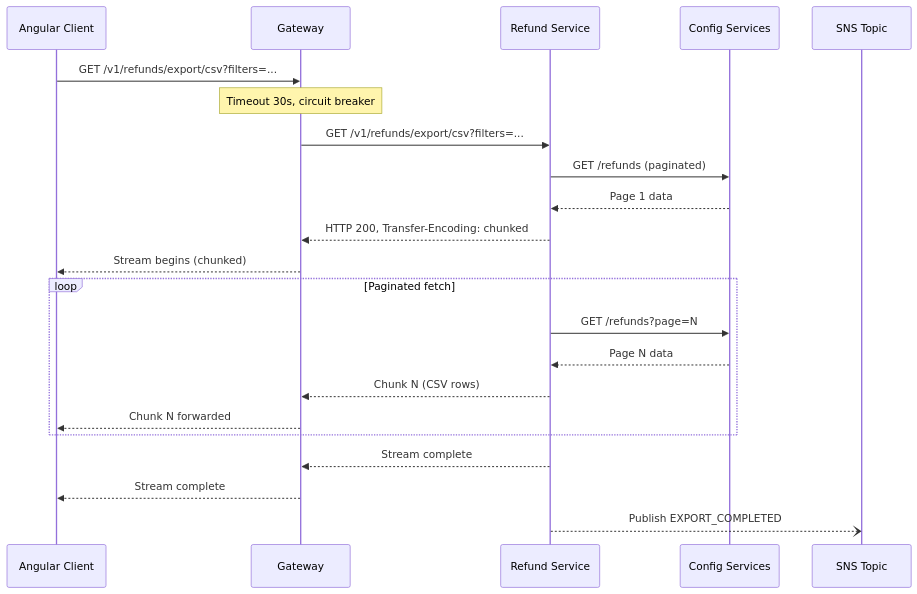
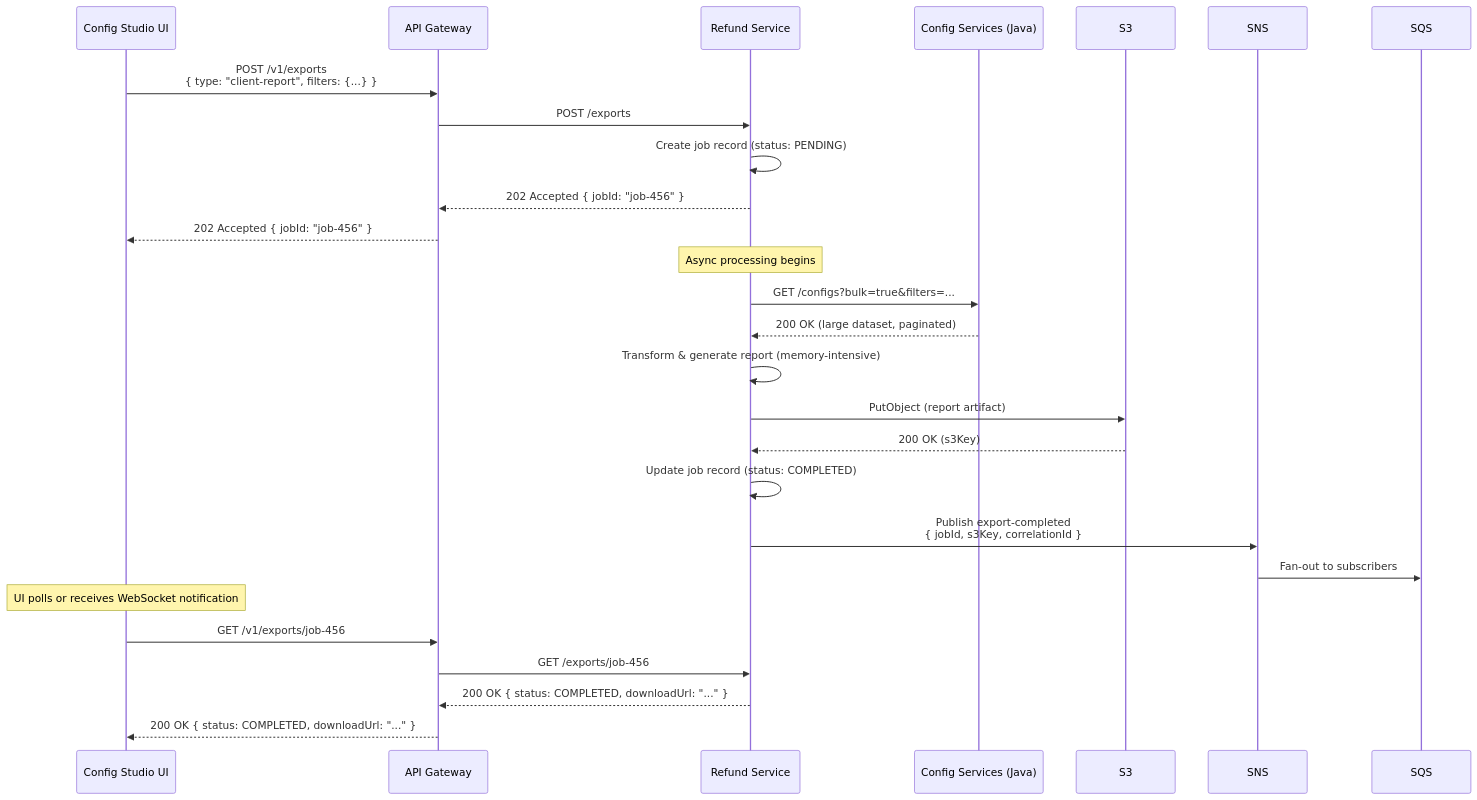
The fourth of 7 diagrams in tests/orchestration/architecture_spec_agent.md (rsanchez-disney/steer-runtime), drawn with Mermaid before and after one commit. The commit also changed other lines of this file and 6 other files, not shown here.

````diff
--- a/tests/orchestration/architecture_spec_agent.md
+++ b/tests/orchestration/architecture_spec_agent.md
@@ -342,25 +348,34 @@
 ```mermaid
 sequenceDiagram
-    participant UI as Angular Client
-    participant GW as Gateway
+    participant UI as Config Studio UI
+    participant GW as API Gateway
     participant RS as Refund Service
-    participant CS as Config Services
-    participant SNS as SNS Topic
+    participant CS as Config Services (Java)
+    participant S3 as S3
+    participant SNS as SNS
+    participant SQS as SQS
 
-    UI->>GW: GET /v1/refunds/export/csv?filters=...
-    Note over GW: Timeout 30s, circuit breaker
-    GW->>RS: GET /v1/refunds/export/csv?filters=...
-    RS->>CS: GET /refunds (paginated)
-    CS-->>RS: Page 1 data
-    RS-->>GW: HTTP 200, Transfer-Encoding: chunked
-    GW-->>UI: Stream begins (chunked)
-    loop Paginated fetch
-        RS->>CS: GET /refunds?page=N
-        CS-->>RS: Page N data
-        RS-->>GW: Chunk N (CSV rows)
-        GW-->>UI: Chunk N forwarded
-    end
-    RS-->>GW: Stream complete
-    GW-->>UI: Stream complete
-    RS--)SNS: Publish EXPORT_COMPLETED
+    UI->>GW: POST /v1/exports<br/>{ type: "client-report", filters: {...} }
+    GW->>RS: POST /exports
+    RS->>RS: Create job record (status: PENDING)
+    RS-->>GW: 202 Accepted { jobId: "job-456" }
+    GW-->>UI: 202 Accepted { jobId: "job-456" }
+
+    Note over RS: Async processing begins
+
+    RS->>CS: GET /configs?bulk=true&filters=...
+    CS-->>RS: 200 OK (large dataset, paginated)
+    RS->>RS: Transform & generate report (memory-intensive)
+    RS->>S3: PutObject (report artifact)
+    S3-->>RS: 200 OK (s3Key)
+    RS->>RS: Update job record (status: COMPLETED)
+    RS->>SNS: Publish export-completed<br/>{ jobId, s3Key, correlationId }
+    SNS->>SQS: Fan-out to subscribers
+
+    Note over UI: UI polls or receives WebSocket notification
+
+    UI->>GW: GET /v1/exports/job-456
+    GW->>RS: GET /exports/job-456
+    RS-->>GW: 200 OK { status: COMPLETED, downloadUrl: "..." }
+    GW-->>UI: 200 OK { status: COMPLETED, downloadUrl: "..." }
 ```
````
